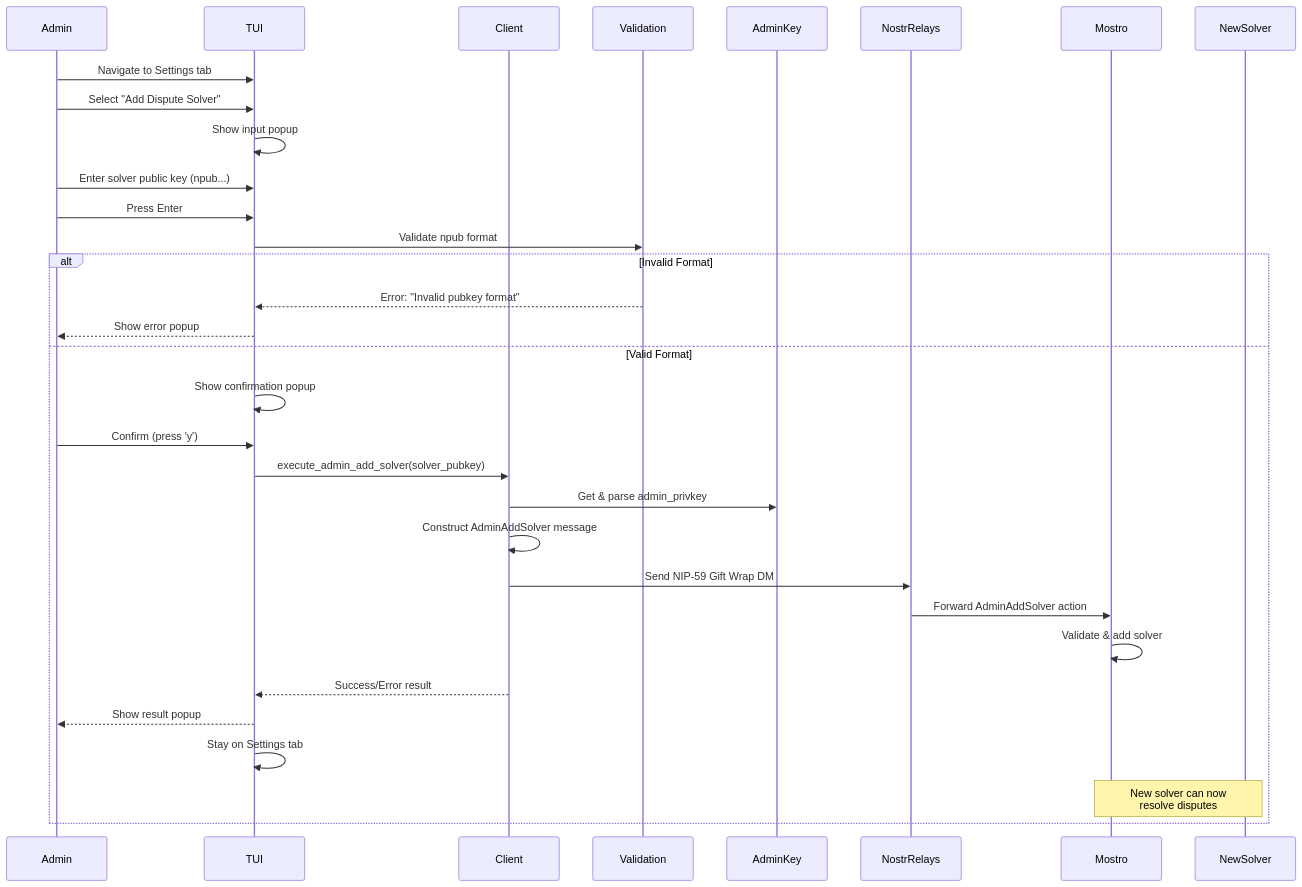
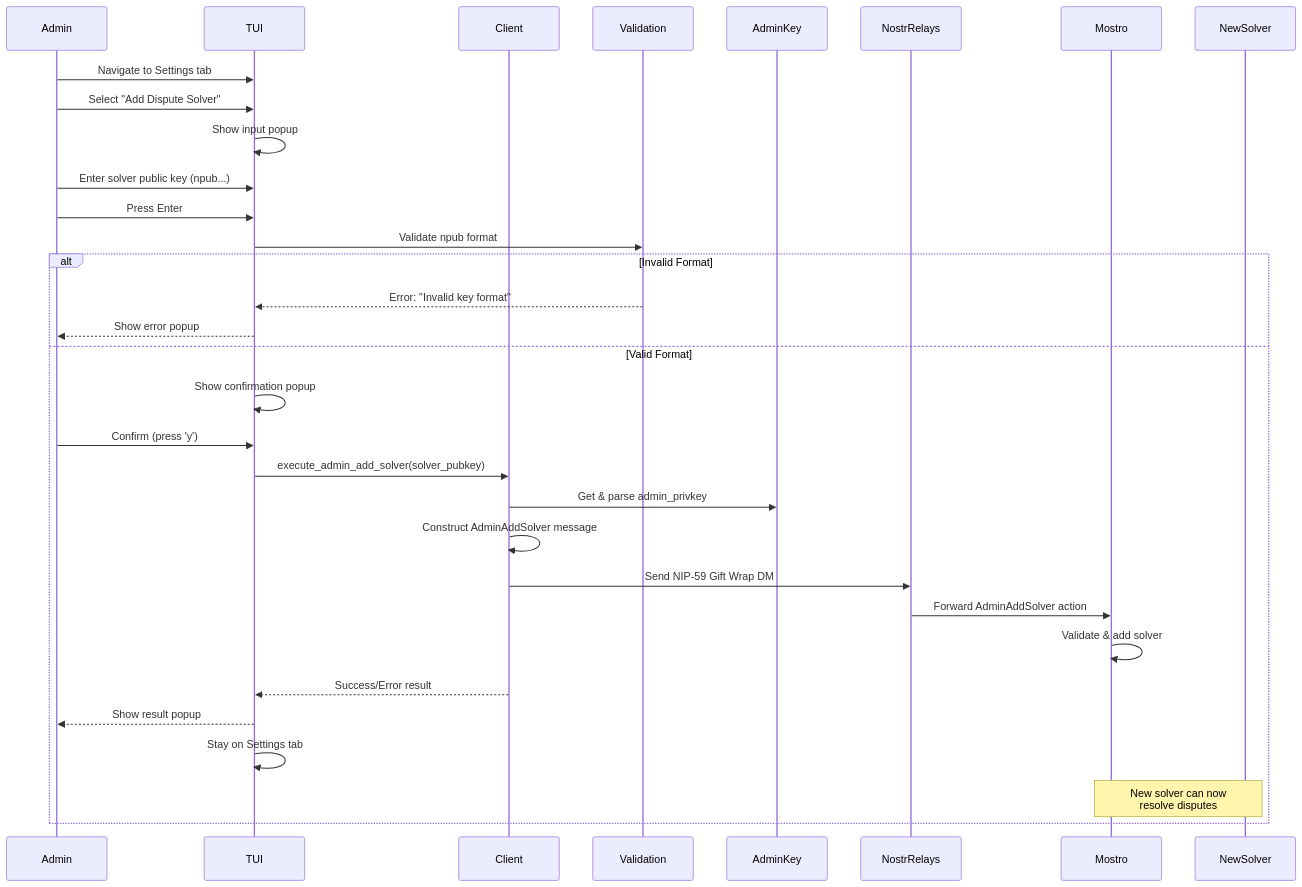
The third of 5 diagrams in docs/ADMIN_DISPUTES.md (MostroP2P/mostrix), drawn with Mermaid before and after one commit. The commit also changed other lines of this file and 7 other files, not shown here.

````diff
--- a/docs/ADMIN_DISPUTES.md
+++ b/docs/ADMIN_DISPUTES.md
@@ -327,35 +327,35 @@
 ```mermaid
 sequenceDiagram
     participant Admin
     participant TUI
     participant Client
     participant Validation
     participant AdminKey
     participant NostrRelays
     participant Mostro
     participant NewSolver
 
     Admin->>TUI: Navigate to Settings tab
     Admin->>TUI: Select "Add Dispute Solver"
     TUI->>TUI: Show input popup
     Admin->>TUI: Enter solver public key (npub...)
     Admin->>TUI: Press Enter
     TUI->>Validation: Validate npub format
     alt Invalid Format
-        Validation-->>TUI: Error: "Invalid pubkey format"
+        Validation-->>TUI: Error: "Invalid key format"
         TUI-->>Admin: Show error popup
     else Valid Format
         TUI->>TUI: Show confirmation popup
         Admin->>TUI: Confirm (press 'y')
         TUI->>Client: execute_admin_add_solver(solver_pubkey)
         Client->>AdminKey: Get & parse admin_privkey
         Client->>Client: Construct AdminAddSolver message
         Client->>NostrRelays: Send NIP-59 Gift Wrap DM
         NostrRelays->>Mostro: Forward AdminAddSolver action
         Mostro->>Mostro: Validate & add solver
         Client-->>TUI: Success/Error result
         TUI-->>Admin: Show result popup
         TUI->>TUI: Stay on Settings tab
         Note over Mostro,NewSolver: New solver can now<br/>resolve disputes
     end
 ```
````
